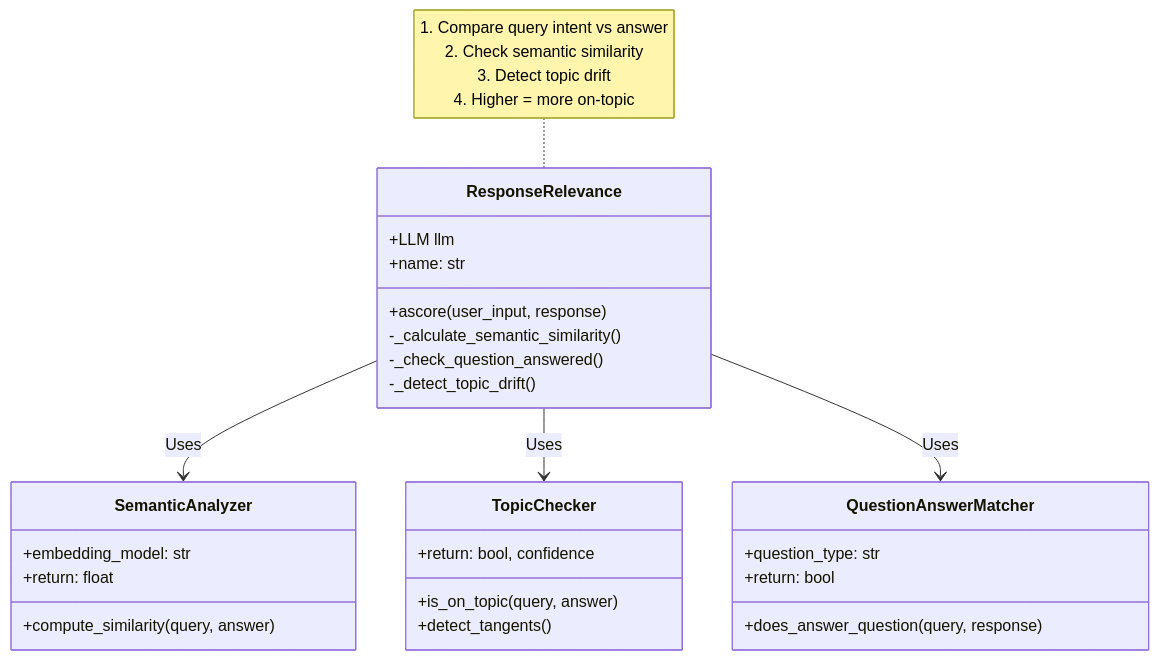
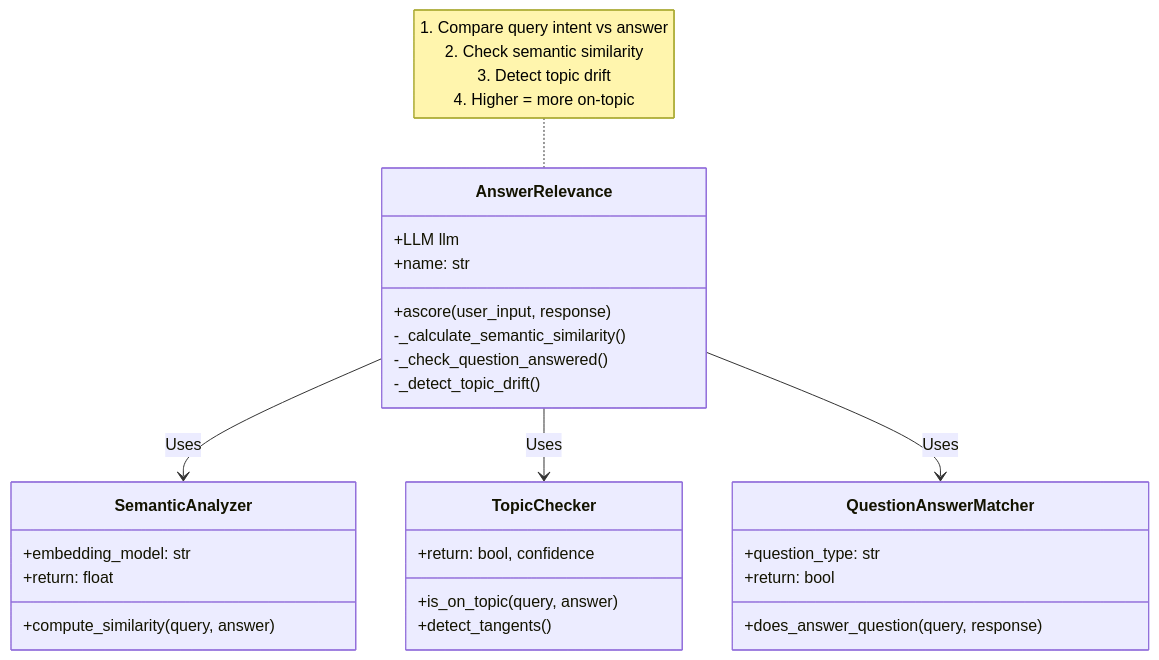
One commit to abhi9avx/ragas-llm-evaluation changed the ninth of 13 diagrams in ARCHITECTURE.md. Above: the diagram before and after it, drawn with Mermaid. The commit also changed other lines of this file and 5 other files, not shown here.

````diff
--- a/ARCHITECTURE.md
+++ b/ARCHITECTURE.md
@@ -350,35 +350,35 @@
 ```mermaid
 classDiagram
-    class ResponseRelevance {
+    class AnswerRelevance {
         +LLM llm
         +name: str
         +ascore(user_input, response)
         -_calculate_semantic_similarity()
         -_check_question_answered()
         -_detect_topic_drift()
     }
     
     class SemanticAnalyzer {
         +compute_similarity(query, answer)
         +embedding_model: str
         +return: float
     }
     
     class TopicChecker {
         +is_on_topic(query, answer)
         +detect_tangents()
         +return: bool, confidence
     }
     
     class QuestionAnswerMatcher {
         +does_answer_question(query, response)
         +question_type: str
         +return: bool
     }
     
-    ResponseRelevance --> SemanticAnalyzer: Uses
-    ResponseRelevance --> TopicChecker: Uses
-    ResponseRelevance --> QuestionAnswerMatcher: Uses
+    AnswerRelevance --> SemanticAnalyzer: Uses
+    AnswerRelevance --> TopicChecker: Uses
+    AnswerRelevance --> QuestionAnswerMatcher: Uses
     
-    note for ResponseRelevance "1. Compare query intent vs answer<br/>2. Check semantic similarity<br/>3. Detect topic drift<br/>4. Higher = more on-topic"
+    note for AnswerRelevance "1. Compare query intent vs answer<br/>2. Check semantic similarity<br/>3. Detect topic drift<br/>4. Higher = more on-topic"
 ```
````
